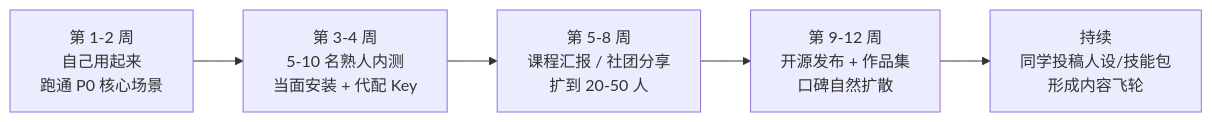
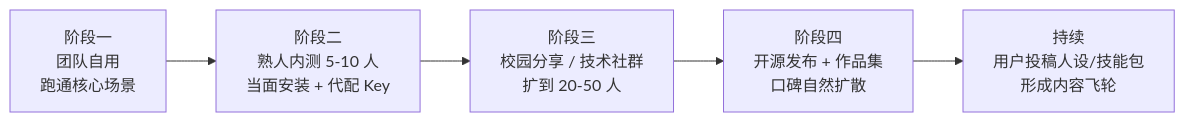
The second of 11 diagrams in docs/PRD-龙外工作台.md (light-misty/Stealth-Study), drawn with Mermaid before and after one commit. The commit also changed other lines of this file and 2 other files, not shown here.

````diff
--- a/docs/PRD-龙外工作台.md
+++ b/docs/PRD-龙外工作台.md
@@ -355,7 +372,7 @@
 ```mermaid
 graph LR
-    A["第 1-2 周<br/>自己用起来<br/>跑通 P0 核心场景"] --> B["第 3-4 周<br/>5-10 名熟人内测<br/>当面安装 + 代配 Key"]
-    B --> C["第 5-8 周<br/>课程汇报 / 社团分享<br/>扩到 20-50 人"]
-    C --> D["第 9-12 周<br/>开源发布 + 作品集<br/>口碑自然扩散"]
-    D --> E["持续<br/>同学投稿人设/技能包<br/>形成内容飞轮"]
+    A["阶段一<br/>团队自用<br/>跑通核心场景"] --> B["阶段二<br/>熟人内测 5-10 人<br/>当面安装 + 代配 Key"]
+    B --> C["阶段三<br/>校园分享 / 技术社群<br/>扩到 20-50 人"]
+    C --> D["阶段四<br/>开源发布 + 作品集<br/>口碑自然扩散"]
+    D --> E["持续<br/>用户投稿人设/技能包<br/>形成内容飞轮"]
 ```
````
